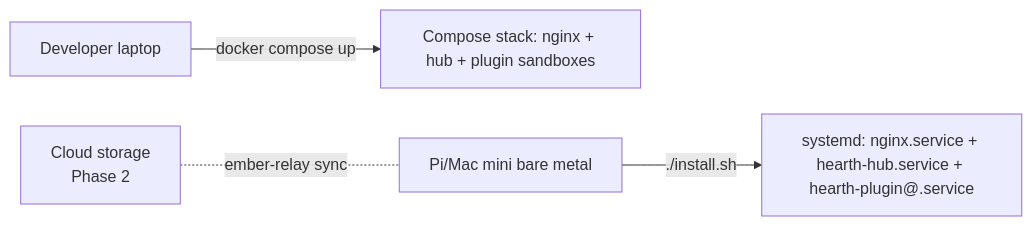
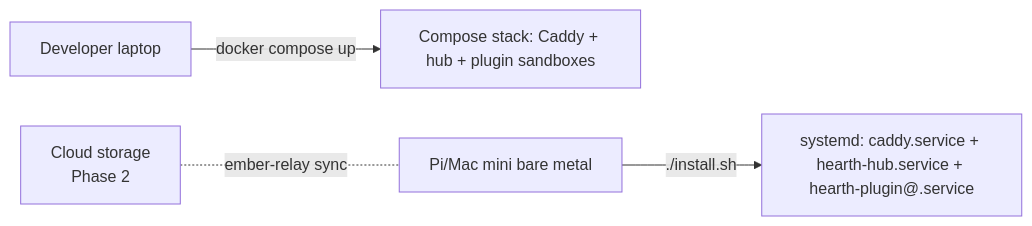
One commit to mcelhennyi/hearth changed the fourth of 4 diagrams in docs/design/architecture/overview.md. Above: the diagram before and after it, drawn with Mermaid. The commit also changed other lines of this file and 10 other files, not shown here.

````diff
--- a/docs/design/architecture/overview.md
+++ b/docs/design/architecture/overview.md
@@ -137,6 +137,6 @@
 ```mermaid
 graph LR
-  Dev[Developer laptop] -- docker compose up --> Compose[Compose stack: nginx + hub + plugin sandboxes]
-  Pi[Pi/Mac mini bare metal] -- ./install.sh --> SystemD[systemd: nginx.service + hearth-hub.service + hearth-plugin@<slug>.service]
+  Dev[Developer laptop] -- docker compose up --> Compose[Compose stack: Caddy + hub + plugin sandboxes]
+  Pi[Pi/Mac mini bare metal] -- ./install.sh --> SystemD[systemd: caddy.service + hearth-hub.service + hearth-plugin@<slug>.service]
   Backup[Cloud storage<br/>Phase 2] -. ember-relay sync .- Pi
 ```
````
